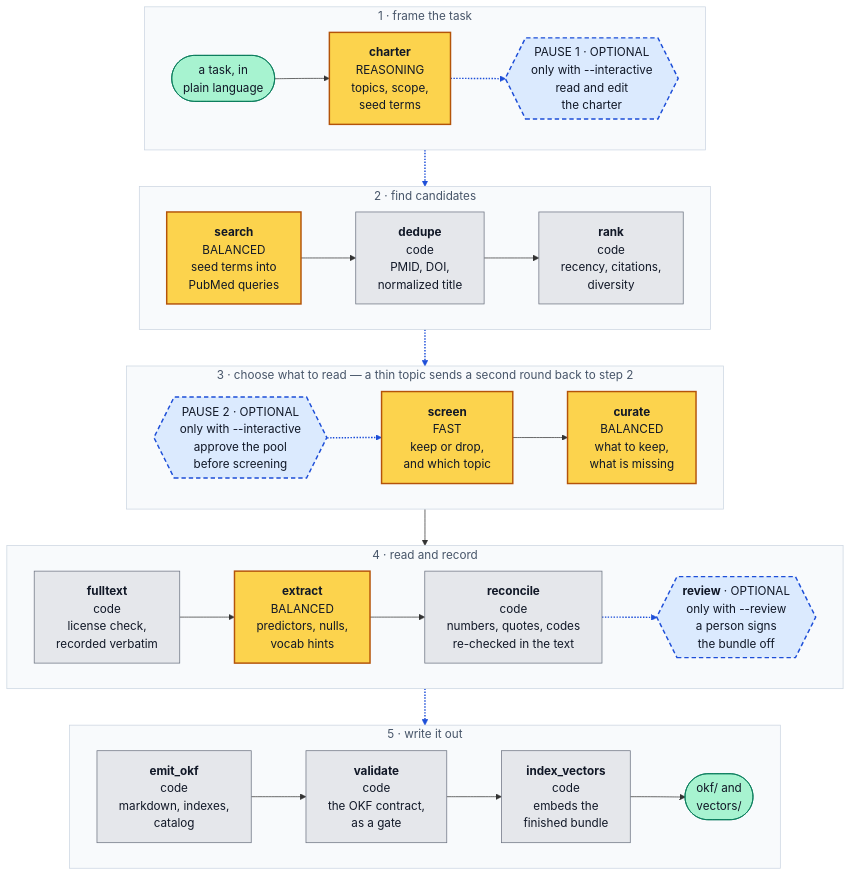
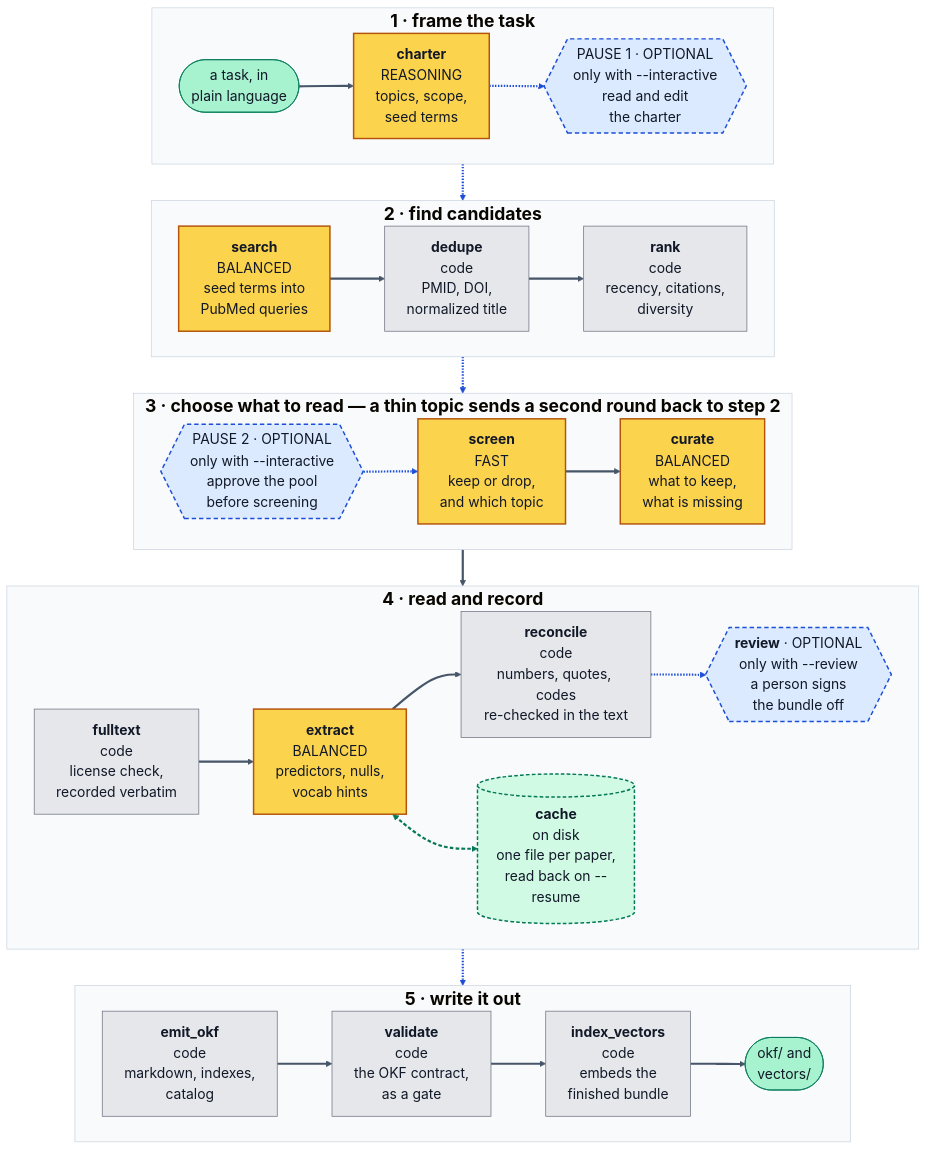
One commit to PFreda-Lab/okf-loremaster changed the diagram in README.md. Above: the diagram before and after it, drawn with Mermaid. The commit also changed other lines of this file, not shown here.

Commit message:
README: draw the extraction cache, and enlarge the schematic's type
The diagram drew every stage as a straight line through the graph, which
said a run only ever goes forward. After the per-paper extraction cache
landed, that was the one place the drawing was actively misleading, so
`extract` now has a green cylinder beside it -- `extract <--> cache`,
both arrowheads -- captioned "one file per paper, read back on --resume".

Type sizes go up at the same time: an %%{init}%% directive sets a 19px
base, subgraph titles get a second bump to 24px, and links go to 3px.
Verified by rendering with mmdc rather than by eye. It applies the same
DOMPurify pass GitHub does, so the inline style on the titles is known
to survive sanitization; if some renderer ever did strip it, the tag
goes and the bold text stays.

The new edge is appended last (index 16) so that the linkStyle list
naming the dashed blue optional path did not have to be renumbered.
Those indices are positional, so anything inserted mid-diagram later
will have to be.

````diff
--- a/README.md
+++ b/README.md
@@ -117,49 +119,56 @@
 ```mermaid
+%%{init: {"theme":"base","themeVariables":{"fontSize":"19px","lineColor":"#475569","primaryTextColor":"#111827"}}}%%
 flowchart TB
-    subgraph r1 ["1 · frame the task"]
+    subgraph r1 ["<span style='font-size:24px'><b>1 · frame the task</b></span>"]
         direction LR
         task(["a task, in<br/>plain language"]) --> charter["<b>charter</b><br/>REASONING<br/>topics, scope,<br/>seed terms"] -.-> p1{{"PAUSE 1 · OPTIONAL<br/>only with --interactive<br/>read and edit<br/>the charter"}}
     end
 
-    subgraph r2 ["2 · find candidates"]
+    subgraph r2 ["<span style='font-size:24px'><b>2 · find candidates</b></span>"]
         direction LR
         search["<b>search</b><br/>BALANCED<br/>seed terms into<br/>PubMed queries"] --> dedupe["<b>dedupe</b><br/>code<br/>PMID, DOI,<br/>normalized title"] --> rank["<b>rank</b><br/>code<br/>recency, citations,<br/>diversity"]
     end
 
-    subgraph r3 ["3 · choose what to read — a thin topic sends a second round back to step 2"]
+    subgraph r3 ["<span style='font-size:24px'><b>3 · choose what to read — a thin topic sends a second round back to step 2</b></span>"]
         direction LR
         p2{{"PAUSE 2 · OPTIONAL<br/>only with --interactive<br/>approve the pool<br/>before screening"}} -.-> screen["<b>screen</b><br/>FAST<br/>keep or drop,<br/>and which topic"] --> curate["<b>curate</b><br/>BALANCED<br/>what to keep,<br/>what is missing"]
     end
 
-    subgraph r4 ["4 · read and record"]
+    subgraph r4 ["<span style='font-size:24px'><b>4 · read and record</b></span>"]
         direction LR
         fulltext["<b>fulltext</b><br/>code<br/>license check,<br/>recorded verbatim"] --> extract["<b>extract</b><br/>BALANCED<br/>predictors, nulls,<br/>vocab hints"] --> reconcile["<b>reconcile</b><br/>code<br/>numbers, quotes, codes<br/>re-checked in the text"]
+        cache[("<b>cache</b><br/>on disk<br/>one file per paper,<br/>read back on --resume")]
         review{{"<b>review</b> · OPTIONAL<br/>only with --review<br/>a person signs<br/>the bundle off"}}
     end
 
-    subgraph r5 ["5 · write it out"]
+    subgraph r5 ["<span style='font-size:24px'><b>5 · write it out</b></span>"]
         direction LR
         emit["<b>emit_okf</b><br/>code<br/>markdown, indexes,<br/>catalog"] --> validate["<b>validate</b><br/>code<br/>the OKF contract,<br/>as a gate"] --> vectors["<b>index_vectors</b><br/>code<br/>embeds the<br/>finished bundle"] --> out(["okf/ and<br/>vectors/"])
     end
 
     p1 -.-> search
     rank -.-> p2
     curate --> fulltext
     reconcile -.-> review
     review -.-> emit
+    extract <--> cache
 
-    linkStyle 1,4,11,12,14,15 stroke:#1d4ed8,stroke-width:2px
+    linkStyle default stroke-width:3px
+    linkStyle 1,4,11,12,14,15 stroke:#1d4ed8,stroke-width:3px
+    linkStyle 16 stroke:#047857,stroke-width:3px,stroke-dasharray:5 3
     classDef agent fill:#fcd34d,stroke:#b45309,stroke-width:2px,color:#111827
     classDef code fill:#e5e7eb,stroke:#6b7280,color:#111827
     classDef human fill:#dbeafe,stroke:#1d4ed8,stroke-width:2px,stroke-dasharray:6 4,color:#111827
     classDef io fill:#a7f3d0,stroke:#047857,color:#111827
+    classDef store fill:#d1fae5,stroke:#047857,stroke-width:2px,stroke-dasharray:5 3,color:#111827
     class charter,search,screen,curate,extract agent
     class dedupe,rank,fulltext,reconcile,emit,validate,vectors code
     class p1,p2,review human
     class task,out io
+    class cache store
     style r1 fill:#f8fafc,stroke:#cbd5e1,color:#475569
     style r2 fill:#f8fafc,stroke:#cbd5e1,color:#475569
     style r3 fill:#f8fafc,stroke:#cbd5e1,color:#475569
     style r4 fill:#f8fafc,stroke:#cbd5e1,color:#475569
     style r5 fill:#f8fafc,stroke:#cbd5e1,color:#475569
 ```
````
